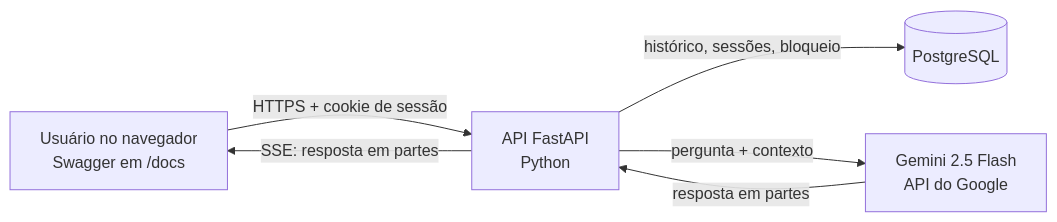
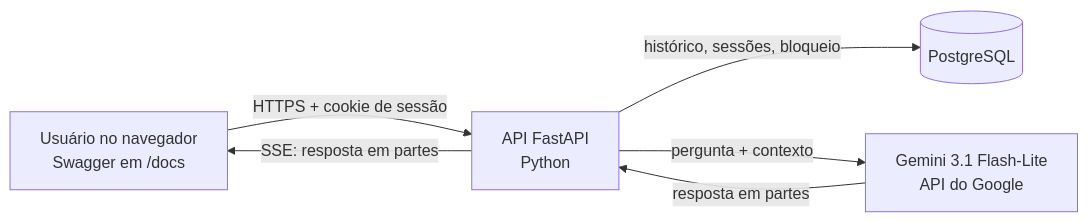
Before and after one commit to cocaioo/CHATBOT-TCA: the first of 2 diagrams in docs/resumo-implementacao.md, drawn with Mermaid. The commit also changed other lines of this file and 5 other files, not shown here.

First line of the commit message:
feat: troca o modelo para o Gemini 3.1 Flash-Lite

````diff
--- a/docs/resumo-implementacao.md
+++ b/docs/resumo-implementacao.md
@@ -29,8 +29,8 @@
 ```mermaid
 flowchart LR
     U[Usuário no navegador<br/>Swagger em /docs] -->|HTTPS + cookie de sessão| API[API FastAPI<br/>Python]
     API -->|histórico, sessões, bloqueio| DB[(PostgreSQL)]
-    API -->|pergunta + contexto| G[Gemini 2.5 Flash<br/>API do Google]
+    API -->|pergunta + contexto| G[Gemini 3.1 Flash-Lite<br/>API do Google]
     G -->|resposta em partes| API
     API -->|SSE: resposta em partes| U
 ```
````
